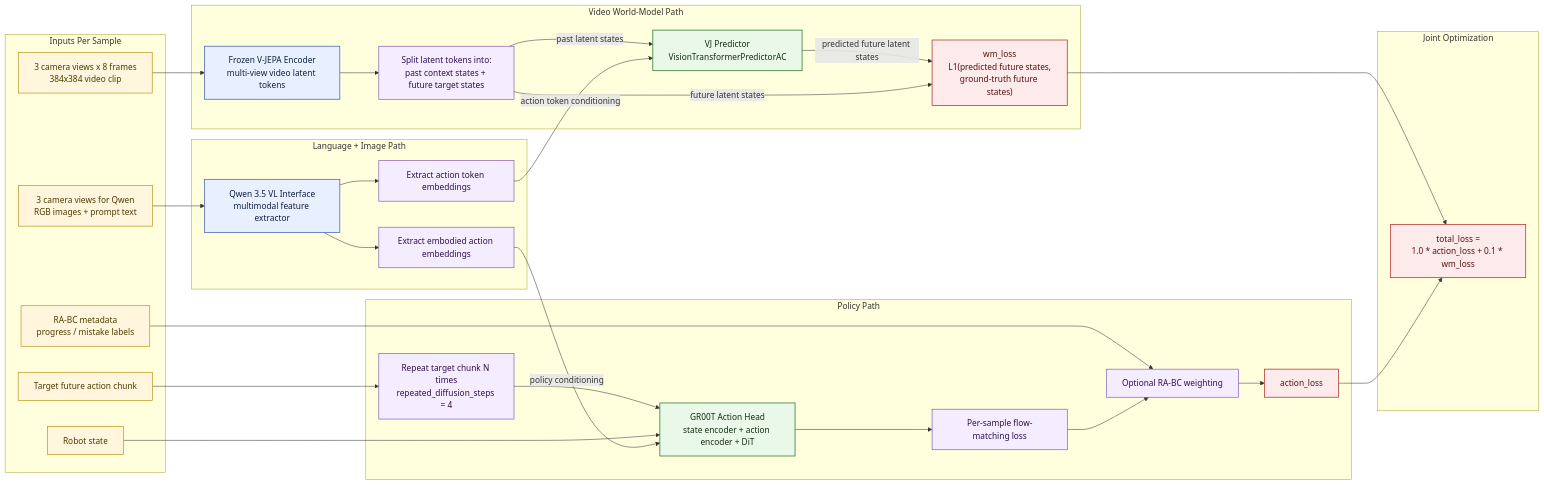
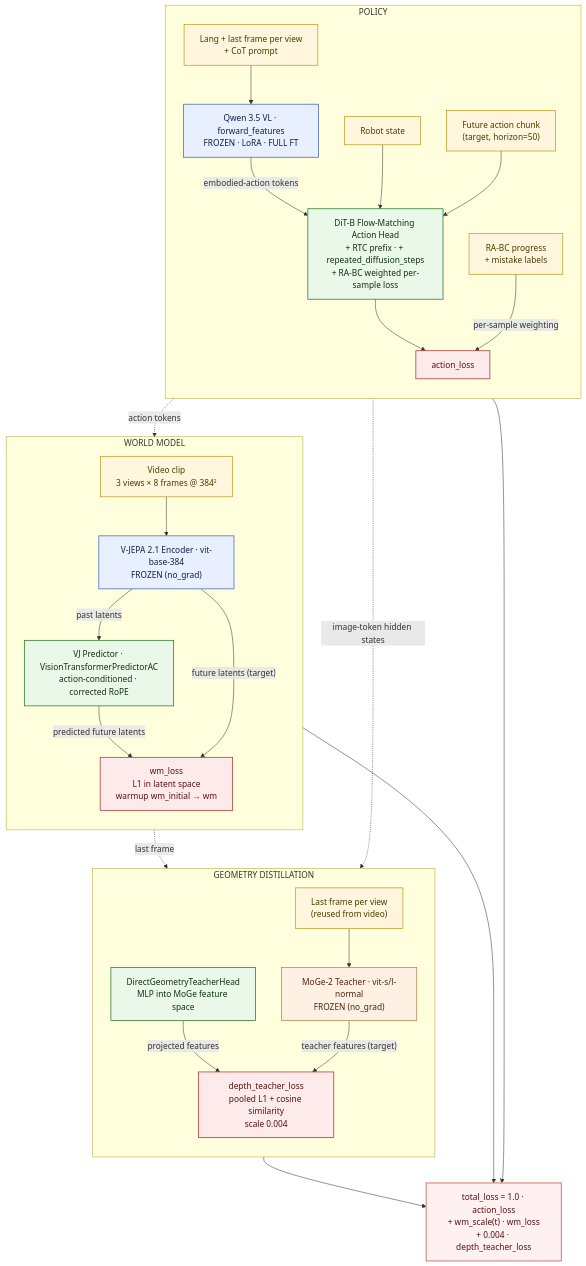
One commit to mehulsuresh/VLA-JEPA changed the first of 2 diagrams in docs/vla_jepa_architecture.md. Above: the diagram before and after it, drawn with Mermaid. The commit also changed other lines of this file and 1 other file, not shown here.

Commit message:
Redo architecture diagram and doc to match current pipeline
Rebuild assets/vla_jepa_architecture_research.svg as a three-lane
diagram (policy / world model / geometry distillation) with explicit
boxes for MoGe-2 teacher, DirectGeometryTeacherHead, RTC prefix
conditioning, RA-BC weighting, V-JEPA latent prediction, and the
combined total_loss with wm warmup. Replaces the old single-objective
two-loss diagram that did not show the geometry teacher path.

Update docs/vla_jepa_architecture.md so the mermaid training and
inference diagrams, the freeze/train table, and the loss composition
section match the framework as it ships under the canonical A100x8
config.

````diff
--- a/docs/vla_jepa_architecture.md
+++ b/docs/vla_jepa_architecture.md
@@ -18,64 +15,65 @@
 ```mermaid
-flowchart LR
+flowchart TB
     classDef frozen fill:#e8f0ff,stroke:#4b6cb7,stroke-width:1.5px,color:#102040;
+    classDef teacher fill:#fff0e4,stroke:#c28556,stroke-width:1.5px,color:#4d2410;
     classDef trainable fill:#eaf8ea,stroke:#2f7d32,stroke-width:1.5px,color:#103010;
     classDef input fill:#fff6dd,stroke:#b78900,stroke-width:1.2px,color:#4d3b00;
     classDef loss fill:#fdeaea,stroke:#b23b3b,stroke-width:1.5px,color:#5a1010;
-    classDef output fill:#f4ecff,stroke:#7d4db3,stroke-width:1.2px,color:#30104d;
+    classDef total fill:#fff1f1,stroke:#d27e7e,stroke-width:2px,color:#5a1010;
 
-    subgraph Inputs["Inputs Per Sample"]
-        I1["3 camera views for Qwen<br/>RGB images + prompt text"]:::input
-        I2["3 camera views x 8 frames<br/>384x384 video clip"]:::input
-        I3["Robot state"]:::input
-        I4["Target future action chunk"]:::input
-        I5["RA-BC metadata<br/>progress / mistake labels"]:::input
+    subgraph PolicyLane["POLICY"]
+        direction TB
+        I_lang["Lang + last frame per view<br/>+ CoT prompt"]:::input
+        I_state["Robot state"]:::input
+        I_future["Future action chunk<br/>(target, horizon=50)"]:::input
+        I_rabc["RA-BC progress<br/>+ mistake labels"]:::input
+        Qwen["Qwen 3.5 VL · forward_features<br/>FROZEN · LoRA · FULL FT"]:::frozen
+        DiT["DiT-B Flow-Matching Action Head<br/>+ RTC prefix · + repeated_diffusion_steps<br/>+ RA-BC weighted per-sample loss"]:::trainable
+        L_act["action_loss"]:::loss
     end
 
-    subgraph QwenPath["Language + Image Path"]
-        Q1["Qwen 3.5 VL Interface<br/>multimodal feature extractor"]:::frozen
-        Q2["Extract action token embeddings"]:::output
-        Q3["Extract embodied action embeddings"]:::output
+    subgraph WMLane["WORLD MODEL"]
+        direction TB
+        I_video["Video clip<br/>3 views × 8 frames @ 384²"]:::input
+        VJEnc["V-JEPA 2.1 Encoder · vit-base-384<br/>FROZEN (no_grad)"]:::frozen
+        VJPred["VJ Predictor · VisionTransformerPredictorAC<br/>action-conditioned · corrected RoPE"]:::trainable
+        L_wm["wm_loss<br/>L1 in latent space<br/>warmup wm_initial → wm"]:::loss
     end
 
-    subgraph VideoPath["Video World-Model Path"]
-        V1["Frozen V-JEPA Encoder<br/>multi-view video latent tokens"]:::frozen
-        V2["Split latent tokens into:<br/>past context states + future target states"]:::output
-        V3["VJ Predictor<br/>VisionTransformerPredictorAC"]:::trainable
-        L1["wm_loss<br/>L1(predicted future states,<br/>ground-truth future states)"]:::loss
+    subgraph GeoLane["GEOMETRY DISTILLATION"]
+        direction TB
+        I_lastframe["Last frame per view<br/>(reused from video)"]:::input
+        MoGe["MoGe-2 Teacher · vit-s/l-normal<br/>FROZEN (no_grad)"]:::teacher
+        GeoHead["DirectGeometryTeacherHead<br/>MLP into MoGe feature space"]:::trainable
+        L_geo["depth_teacher_loss<br/>pooled L1 + cosine similarity<br/>scale 0.004"]:::loss
     end
 
-    subgraph ActionPath["Policy Path"]
-        A1["Repeat target chunk N times<br/>repeated_diffusion_steps = 4"]:::output
-        A2["GR00T Action Head<br/>state encoder + action encoder + DiT"]:::trainable
-        A3["Per-sample flow-matching loss"]:::output
-        A4["Optional RA-BC weighting"]:::output
-        L2["action_loss"]:::loss
-    end
+    Total["total_loss = 1.0 · action_loss<br/>+ wm_scale(t) · wm_loss<br/>+ 0.004 · depth_teacher_loss"]:::total
 
-    subgraph Final["Joint Optimization"]
-        F1["total_loss =<br/>1.0 * action_loss + 0.1 * wm_loss"]:::loss
-    end
+    %% Within-lane edges
+    I_lang --> Qwen
+    Qwen -->|"embodied-action tokens"| DiT
+    I_state --> DiT
+    I_future --> DiT
+    DiT --> L_act
+    I_rabc -->|"per-sample weighting"| L_act
 
-    I1 --> Q1
-    Q1 --> Q2
-    Q1 --> Q3
+    I_video --> VJEnc
+    VJEnc -->|"past latents"| VJPred
+    VJPred -->|"predicted future latents"| L_wm
+    VJEnc -->|"future latents (target)"| L_wm
 
-    I2 --> V1
-    V1 --> V2
-    V2 -->|"past latent states"| V3
-    Q2 -->|"action token conditioning"| V3
-    V3 -->|"predicted future latent states"| L1
-    V2 -->|"future latent states"| L1
+    I_lastframe --> MoGe
+    GeoHead -->|"projected features"| L_geo
+    MoGe -->|"teacher features (target)"| L_geo
 
-    I4 --> A1
-    A1 --> A2
-    I3 --> A2
-    Q3 -->|"policy conditioning"| A2
-    A2 --> A3
-    I5 --> A4
-    A3 --> A4
-    A4 --> L2
+    %% Cross-lane edges
+    Qwen -.->|"action tokens"| VJPred
+    Qwen -.->|"image-token hidden states"| GeoHead
+    I_video -.->|"last frame"| I_lastframe
 
-    L1 --> F1
-    L2 --> F1
+    %% Combined objective
+    L_act --> Total
+    L_wm --> Total
+    L_geo --> Total
 ```
````
